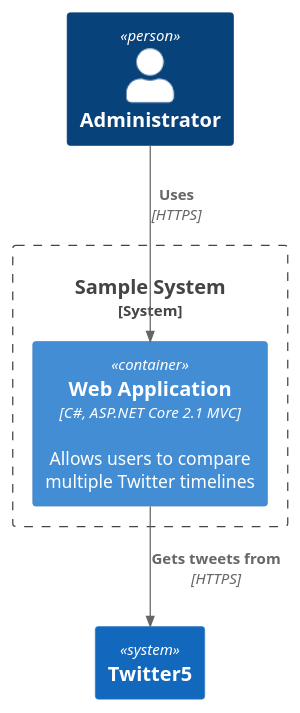
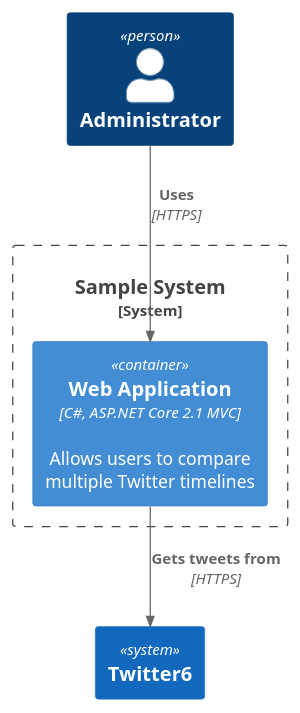
The diagram in doc/design/assets/diagram2.puml (kcirtapfromspace/plantuml), drawn with PlantUML before and after one commit. The commit also changed 1 other file, not shown here.

```diff
--- a/doc/design/assets/diagram2.puml
+++ b/doc/design/assets/diagram2.puml
@@ -1,13 +1,13 @@
 @startuml Basic_Sample
 !include https://raw.githubusercontent.com/plantuml-stdlib/C4-PlantUML/master/C4_Container.puml
 
 Person(admin, "Administrator")
 System_Boundary(c1, "Sample System") {
     Container(web_app, "Web Application", "C#, ASP.NET Core 2.1 MVC", "Allows users to compare multiple Twitter timelines")
 }
 System(twitter, "Twitter")
-System(twitter, "Twitter5")
+System(twitter, "Twitter6")
 
 Rel(admin, web_app, "Uses", "HTTPS")
 Rel(web_app, twitter, "Gets tweets from", "HTTPS")
 @enduml
```
